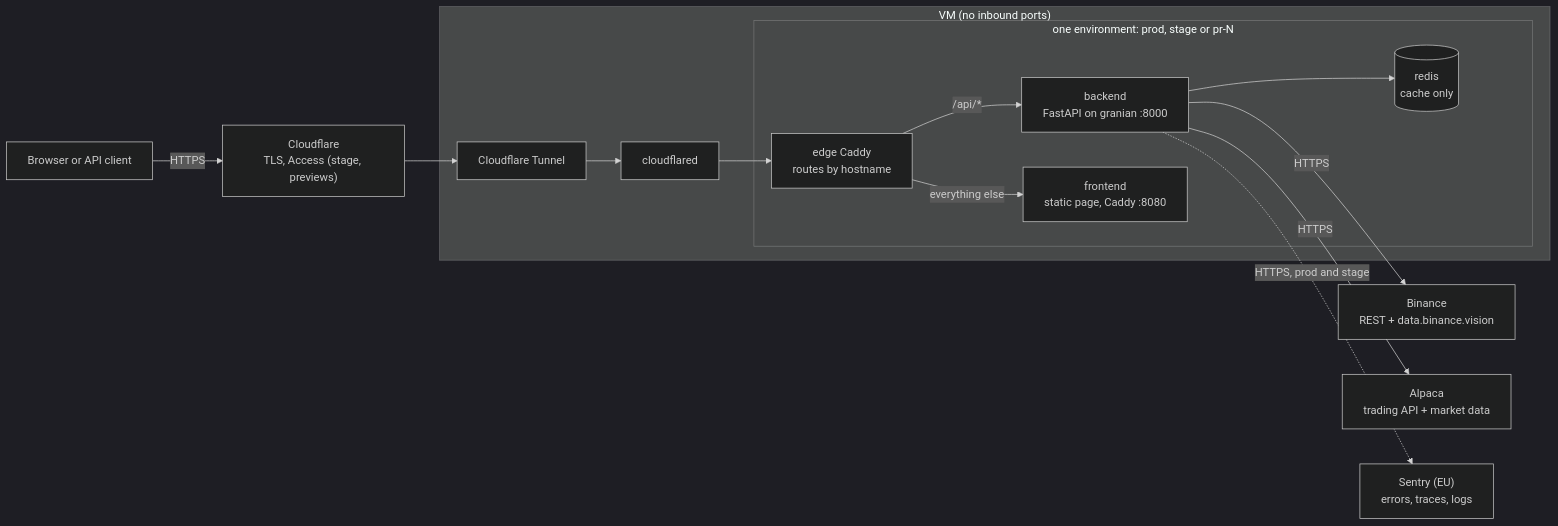
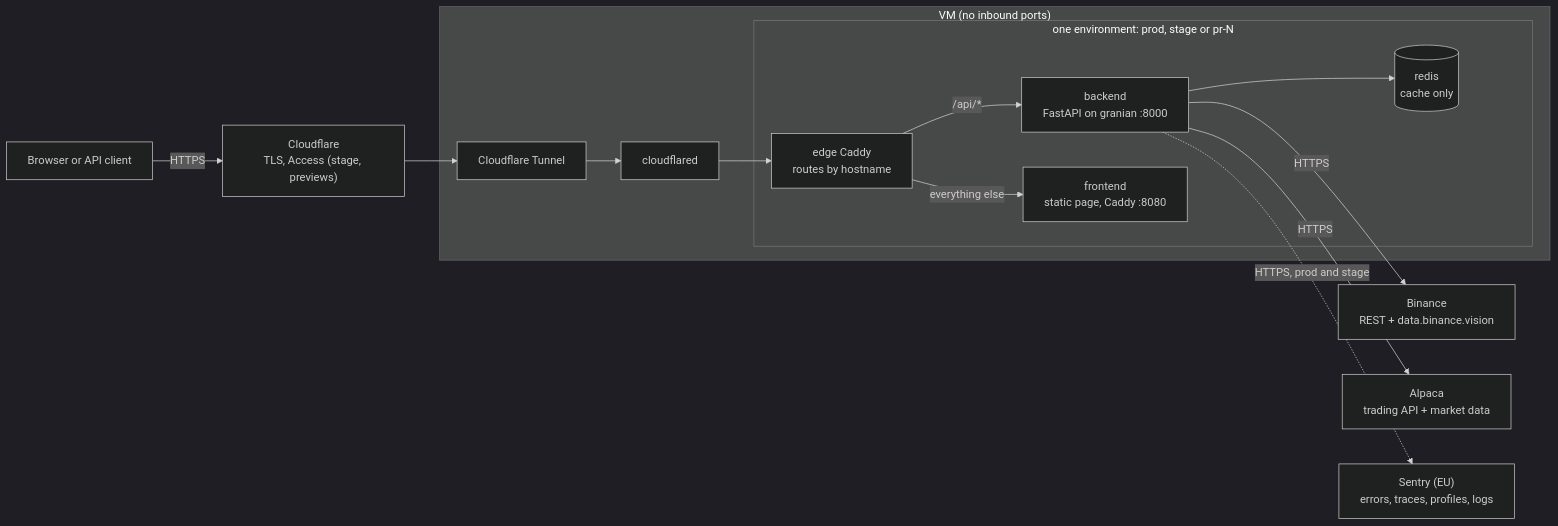
The diagram in docs/architecture.md (CandleStack-FEI-STU/candlestack), drawn with Mermaid (dark theme) before and after one commit. The commit also changed other lines of this file and 5 other files, not shown here.

````diff
--- a/docs/architecture.md
+++ b/docs/architecture.md
@@ -14,17 +14,17 @@
 ```mermaid
 flowchart LR
     browser["Browser or API client"] -->|HTTPS| cf["Cloudflare<br/>TLS, Access (stage, previews)"]
     cf --> tunnel["Cloudflare Tunnel"]
     subgraph vm["VM (no inbound ports)"]
         tunnel --> cloudflared["cloudflared"]
         cloudflared --> caddy["edge Caddy<br/>routes by hostname"]
         subgraph envbox["one environment: prod, stage or pr-N"]
             caddy -->|"/api/*"| backend["backend<br/>FastAPI on granian :8000"]
             caddy -->|"everything else"| frontend["frontend<br/>static page, Caddy :8080"]
             backend --> redis[("redis<br/>cache only")]
         end
     end
     backend -->|HTTPS| binance["Binance<br/>REST + data.binance.vision"]
     backend -->|HTTPS| alpaca["Alpaca<br/>trading API + market data"]
-    backend -.->|"HTTPS, prod and stage"| sentry["Sentry (EU)<br/>errors, traces, logs"]
+    backend -.->|"HTTPS, prod and stage"| sentry["Sentry (EU)<br/>errors, traces, profiles, logs"]
 ```
````
